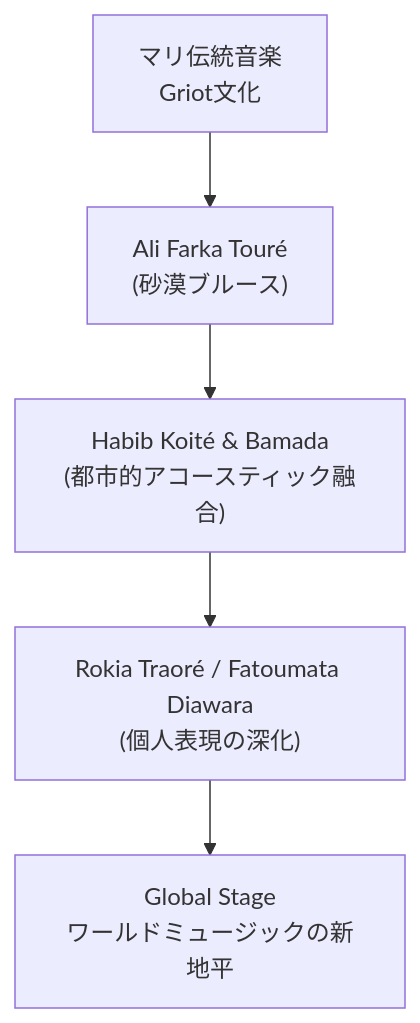
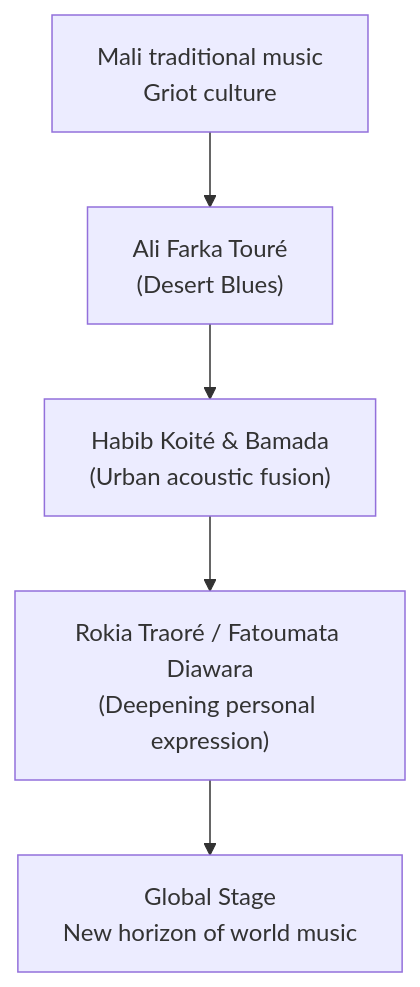
Before and after one commit to monumental-movement/monumental-movement.github.io: the diagram in en/_posts/2025-10-30-column-habib-koite-mali.md, drawn with Mermaid. The commit also changed 152 other files, not shown here.

```diff
--- a/en/_posts/2025-10-30-column-habib-koite-mali.md
+++ b/en/_posts/2025-10-30-column-habib-koite-mali.md
@@ -181,9 +181,9 @@
 <div class="mermaid">
 
 graph TD
-    A["マリ伝統音楽<br>Griot文化"] --> B["Ali Farka Touré<br>(砂漠ブルース)"]
-    B --> C["Habib Koité & Bamada<br>(都市的アコースティック融合)"]
-    C --> D["Rokia Traoré / Fatoumata Diawara<br>(個人表現の深化)"]
-    D --> E["Global Stage<br>ワールドミュージックの新地平"]
+    A["Mali traditional music<br>Griot culture"] --> B["Ali Farka Touré<br>(Desert Blues)"]
+    B --> C["Habib Koité & Bamada<br>(Urban acoustic fusion)"]
+    C --> D["Rokia Traoré / Fatoumata Diawara<br>(Deepening personal expression)"]
+    D --> E["Global Stage<br>New horizon of world music"]
 
 </div>
```
